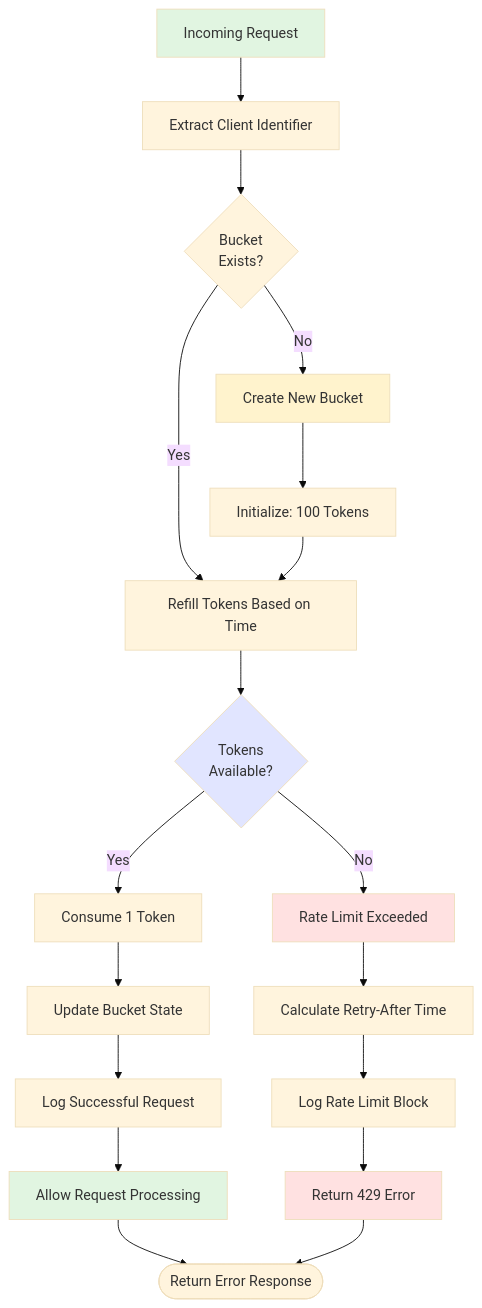
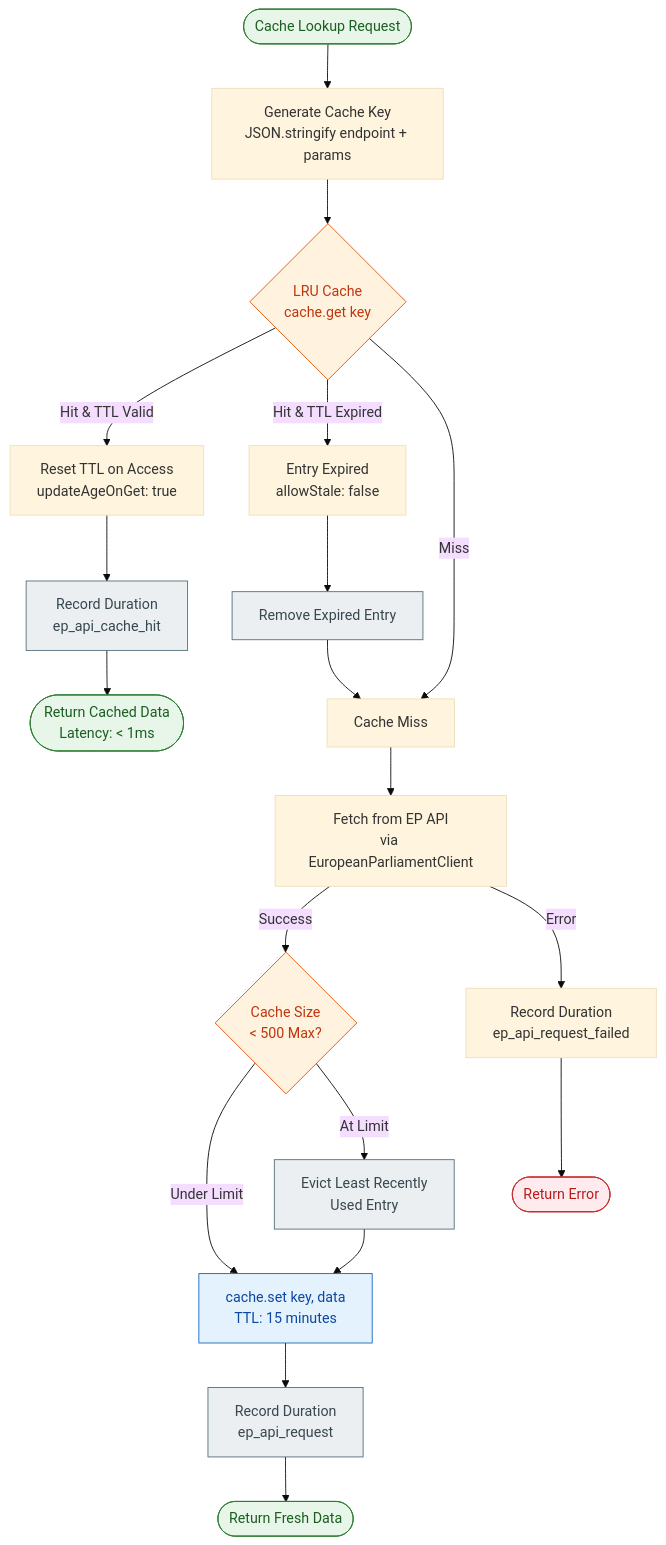
One commit to Hack23/European-Parliament-MCP-Server changed the fifth of 7 diagrams in FLOWCHART.md. Above: the diagram before and after it, drawn with Mermaid (base theme). The commit also changed other lines of this file and 3 other files, not shown here.

Commit message:
Update ARCHITECTURE.md, DATA_MODEL.md, FLOWCHART.md, MINDMAP.md with accurate system descriptions

````diff
--- a/FLOWCHART.md
+++ b/FLOWCHART.md
@@ -190,34 +352,40 @@
 ```mermaid
 flowchart TD
-    Request[Incoming Request] --> GetClientId[Extract Client Identifier]
-    GetClientId --> GetBucket{Bucket<br/>Exists?}
-    
-    GetBucket -->|No| CreateBucket[Create New Bucket]
-    GetBucket -->|Yes| RefillTokens[Refill Tokens Based on Time]
-    
-    CreateBucket --> InitTokens[Initialize: 100 Tokens]
-    InitTokens --> RefillTokens
-    
-    RefillTokens --> CheckTokens{Tokens<br/>Available?}
-    
-    CheckTokens -->|Yes| ConsumeToken[Consume 1 Token]
-    CheckTokens -->|No| RateLimitExceeded[Rate Limit Exceeded]
-    
-    ConsumeToken --> UpdateBucket[Update Bucket State]
-    UpdateBucket --> LogSuccess[Log Successful Request]
-    LogSuccess --> AllowRequest[Allow Request Processing]
-    
-    RateLimitExceeded --> CalcRetryAfter[Calculate Retry-After Time]
-    CalcRetryAfter --> LogBlock[Log Rate Limit Block]
-    LogBlock --> ReturnError[Return 429 Error]
-    
-    AllowRequest --> End([Continue to Tool Handler])
-    ReturnError --> End([Return Error Response])
-    
-    style Request fill:#e1f5e1
-    style AllowRequest fill:#e1f5e1
-    style RateLimitExceeded fill:#ffe1e1
-    style ReturnError fill:#ffe1e1
-    style CheckTokens fill:#e1e5ff
-    style CreateBucket fill:#fff3cd
+    Request([Cache Lookup Request]) --> GenerateKey[Generate Cache Key\nJSON.stringify endpoint + params]
+    GenerateKey --> LRULookup{LRU Cache\ncache.get key}
+
+    LRULookup -->|Hit & TTL Valid| ResetAge[Reset TTL on Access\nupdateAgeOnGet: true]
+    LRULookup -->|Hit & TTL Expired| Expired[Entry Expired\nallowStale: false]
+    LRULookup -->|Miss| CacheMiss[Cache Miss]
+
+    ResetAge --> RecordHit[Record Duration\nep_api_cache_hit]
+    RecordHit --> ReturnCached([Return Cached Data\nLatency: < 1ms])
+
+    Expired --> EvictExpired[Remove Expired Entry]
+    EvictExpired --> CacheMiss
+
+    CacheMiss --> FetchFresh[Fetch from EP API\nvia EuropeanParliamentClient]
+    FetchFresh -->|Success| CheckCapacity{Cache Size\n< 500 Max?}
+    FetchFresh -->|Error| RecordFailure[Record Duration\nep_api_request_failed]
+
+    CheckCapacity -->|Under Limit| StoreEntry[cache.set key, data\nTTL: 15 minutes]
+    CheckCapacity -->|At Limit| EvictLRU[Evict Least Recently\nUsed Entry]
+    EvictLRU --> StoreEntry
+
+    StoreEntry --> RecordDuration[Record Duration\nep_api_request]
+    RecordDuration --> ReturnFresh([Return Fresh Data])
+
+    RecordFailure --> ReturnError([Return Error])
+
+    style Request fill:#E8F5E9,stroke:#2E7D32,color:#1B5E20
+    style ReturnCached fill:#E8F5E9,stroke:#2E7D32,color:#1B5E20
+    style ReturnFresh fill:#E8F5E9,stroke:#2E7D32,color:#1B5E20
+    style LRULookup fill:#FFF3E0,stroke:#E65100,color:#BF360C
+    style CheckCapacity fill:#FFF3E0,stroke:#E65100,color:#BF360C
+    style StoreEntry fill:#E3F2FD,stroke:#1565C0,color:#0D47A1
+    style EvictLRU fill:#ECEFF1,stroke:#546E7A,color:#37474F
+    style EvictExpired fill:#ECEFF1,stroke:#546E7A,color:#37474F
+    style ReturnError fill:#FFEBEE,stroke:#C62828,color:#B71C1C
+    style RecordHit fill:#ECEFF1,stroke:#546E7A,color:#37474F
+    style RecordDuration fill:#ECEFF1,stroke:#546E7A,color:#37474F
 ```
````
